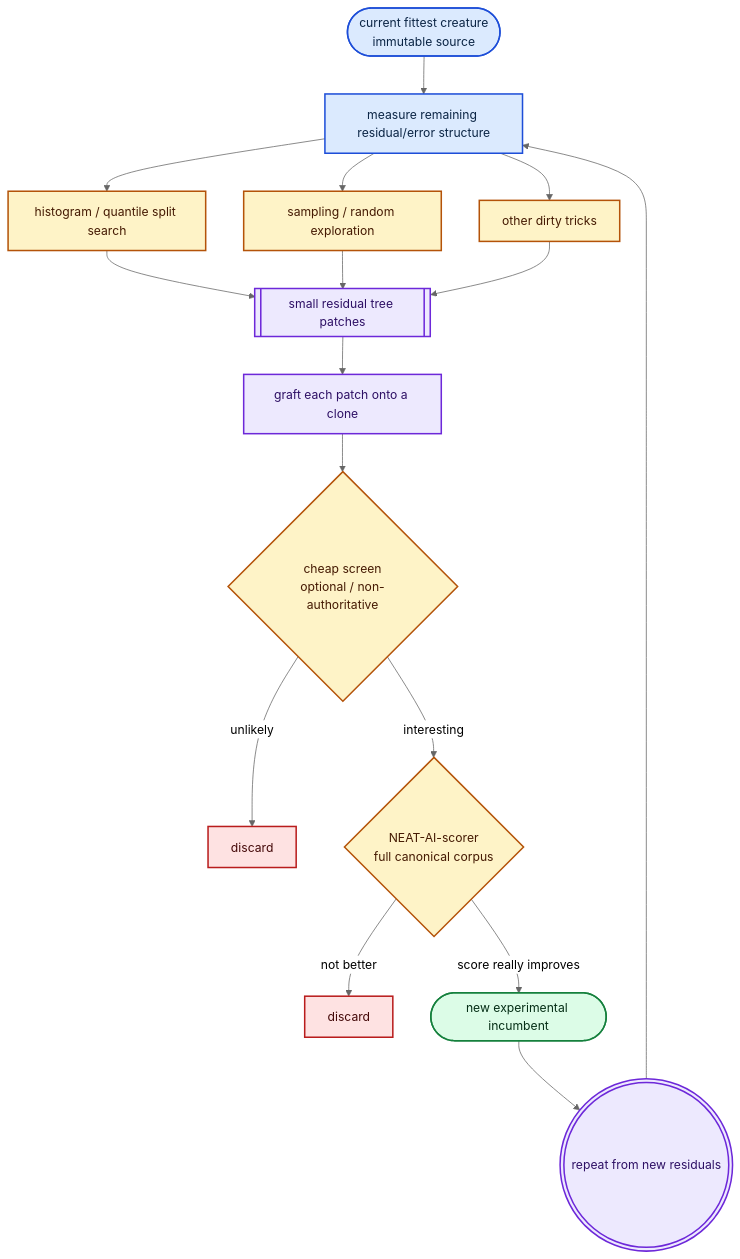
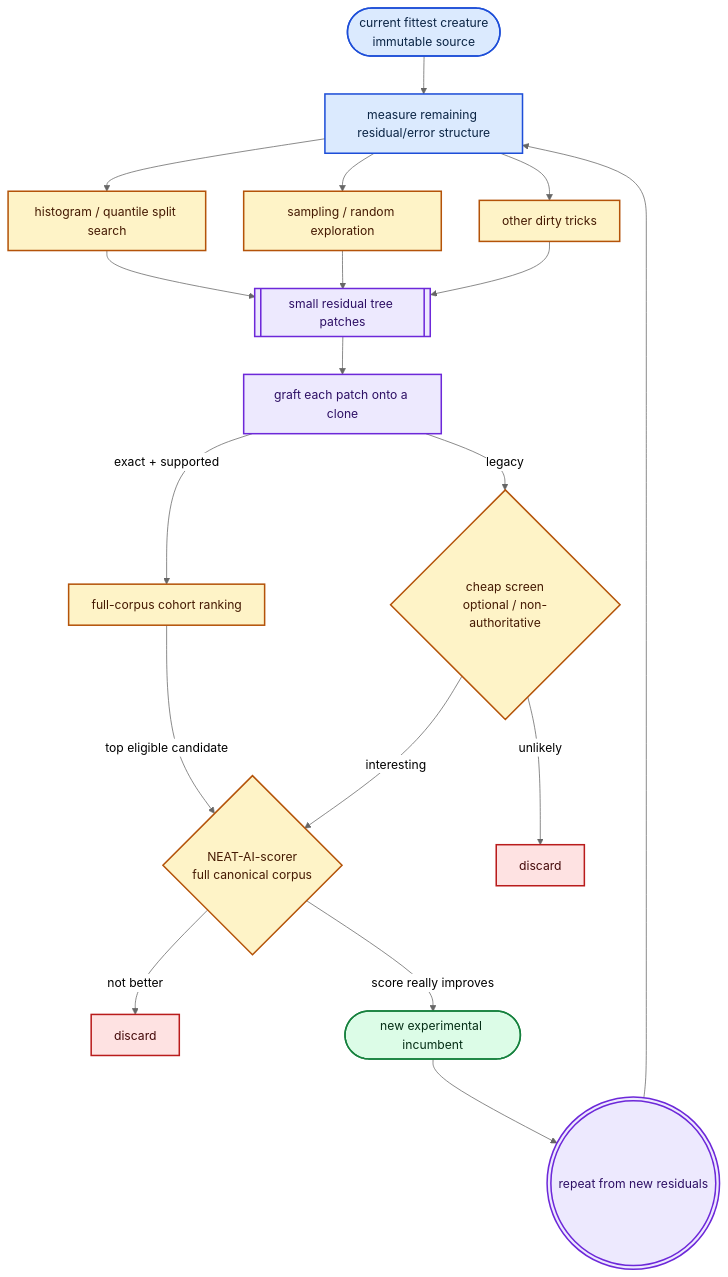
One commit to stSoftwareAU/NEAT-AI-Forests changed the third of 5 diagrams in README.md. Above: the diagram before and after it, drawn with Mermaid (neutral theme). The commit also changed other lines of this file and 24 other files, not shown here.

First line of the commit message:
Rank every graft candidate exactly on the full corpus with scorer delta mode, and retire the 5 % screen for them (Issue #136) (#150)

````diff
--- a/README.md
+++ b/README.md
@@ -453,36 +457,38 @@
 ```mermaid
 flowchart TD
     FIT(["current fittest creature\nimmutable source"]) --> RES["measure remaining residual/error structure"]
 
     RES --> HIST["histogram / quantile split search"]
     RES --> SAMPLE["sampling / random exploration"]
     RES --> OTHER["other dirty tricks"]
 
     HIST --> PATCH[["small residual tree patches"]]
     SAMPLE --> PATCH
     OTHER --> PATCH
 
     PATCH --> GRAFT["graft each patch onto a clone"]
-    GRAFT --> SCREEN{"cheap screen\noptional / non-authoritative"}
+    GRAFT -- "legacy" --> SCREEN{"cheap screen\noptional / non-authoritative"}
+    GRAFT -- "exact + supported" --> RANK["full-corpus cohort ranking"]
+    RANK -- "top eligible candidate" --> FULL
 
     SCREEN -- "unlikely" --> DROP["discard"]
     SCREEN -- "interesting" --> FULL{"NEAT-AI-scorer\nfull canonical corpus"}
 
     FULL -- "not better" --> DROP2["discard"]
     FULL -- "score really improves" --> WIN(["new experimental incumbent"])
 
     WIN --> REPEAT((("repeat from new residuals")))
     REPEAT --> RES
 
     classDef creature fill:#dbeafe,stroke:#1d4ed8,stroke-width:2px,color:#0b2545
     classDef search fill:#fef3c7,stroke:#b45309,stroke-width:2px,color:#451a03
     classDef candidate fill:#ede9fe,stroke:#6d28d9,stroke-width:2px,color:#2e1065
     classDef win fill:#dcfce7,stroke:#15803d,stroke-width:2px,color:#052e16
     classDef reject fill:#fee2e2,stroke:#b91c1c,stroke-width:2px,color:#450a0a
 
     class FIT,RES creature
-    class HIST,SAMPLE,OTHER,SCREEN,FULL search
+    class HIST,SAMPLE,OTHER,SCREEN,RANK,FULL search
     class PATCH,GRAFT,REPEAT candidate
     class WIN win
     class DROP,DROP2 reject
 ```
````
